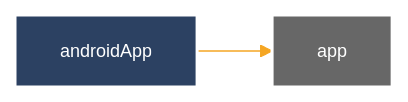
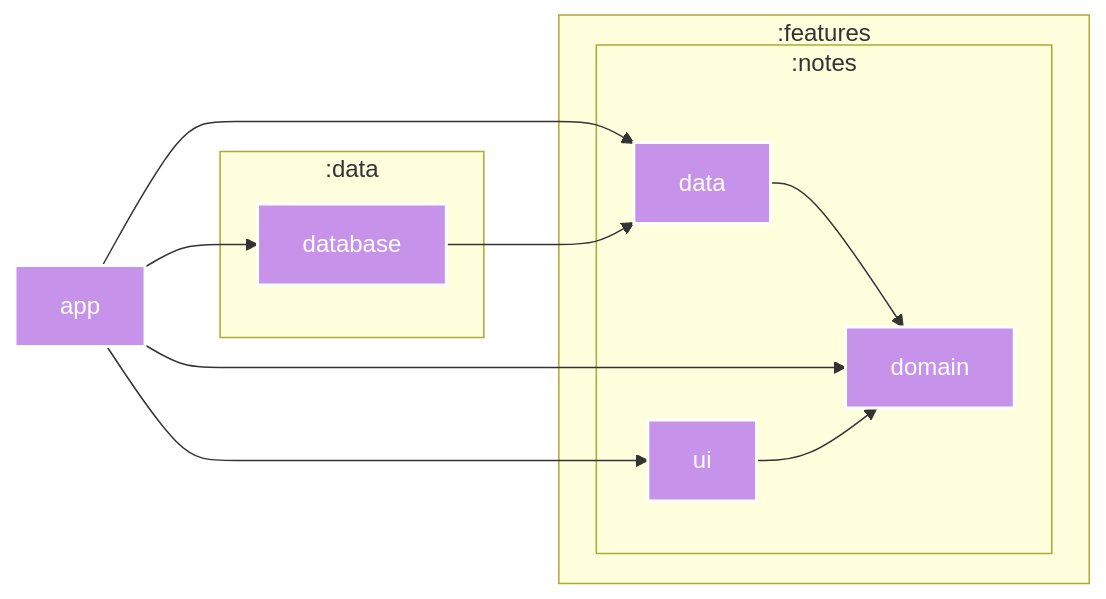
The diagram in README.md (alexandrucaraus/kmp-sample-arch), drawn with Mermaid before and after one commit. The commit also changed other lines of this file and 9 other files, not shown here.

Commit message:
Mermeid module graph

````diff
--- a/README.md
+++ b/README.md
@@ -23,20 +23,40 @@
 ```mermaid
 %%{
   init: {
-    'theme': 'base',
-    'themeVariables': {"primaryTextColor":"#fff","primaryColor":"#5a4f7c","primaryBorderColor":"#5a4f7c","lineColor":"#f5a623","tertiaryColor":"#40375c","fontSize":"12px"}
+    'theme': 'neutrala'
   }
 }%%
 
 graph LR
-  :androidApp["androidApp"]
   :app["app"]
+  subgraph :features
+    subgraph :notes
+      :features:notes:data["data"]
+      :features:notes:domain["domain"]
+      :features:notes:domain["domain"]
+      :features:notes:data["data"]
+      :features:notes:ui["ui"]
+      :features:notes:ui["ui"]
+    end
+  end
+  subgraph :data
+    :data:database["database"]
+    :data:database["database"]
+  end
 
-  :androidApp --> :app
+  :features:notes:data --> :features:notes:domain
+  :app --> :features:notes:domain
+  :app --> :features:notes:data
+  :app --> :features:notes:ui
+  :app --> :data:database
+  :features:notes:ui --> :features:notes:domain
+  :data:database --> :features:notes:data
 
-classDef android-application fill:#2C4162,stroke:#fff,stroke-width:2px,color:#fff;
-classDef unknown fill:#676767,stroke:#fff,stroke-width:2px,color:#fff;
-class :androidApp android-application
-class :app unknown
+classDef kotlin-multiplatform fill:#C792EA,stroke:#fff,stroke-width:2px,color:#fff;
+class :features:notes:data kotlin-multiplatform
+class :features:notes:domain kotlin-multiplatform
+class :app kotlin-multiplatform
+class :features:notes:ui kotlin-multiplatform
+class :data:database kotlin-multiplatform
 
 ```
````
